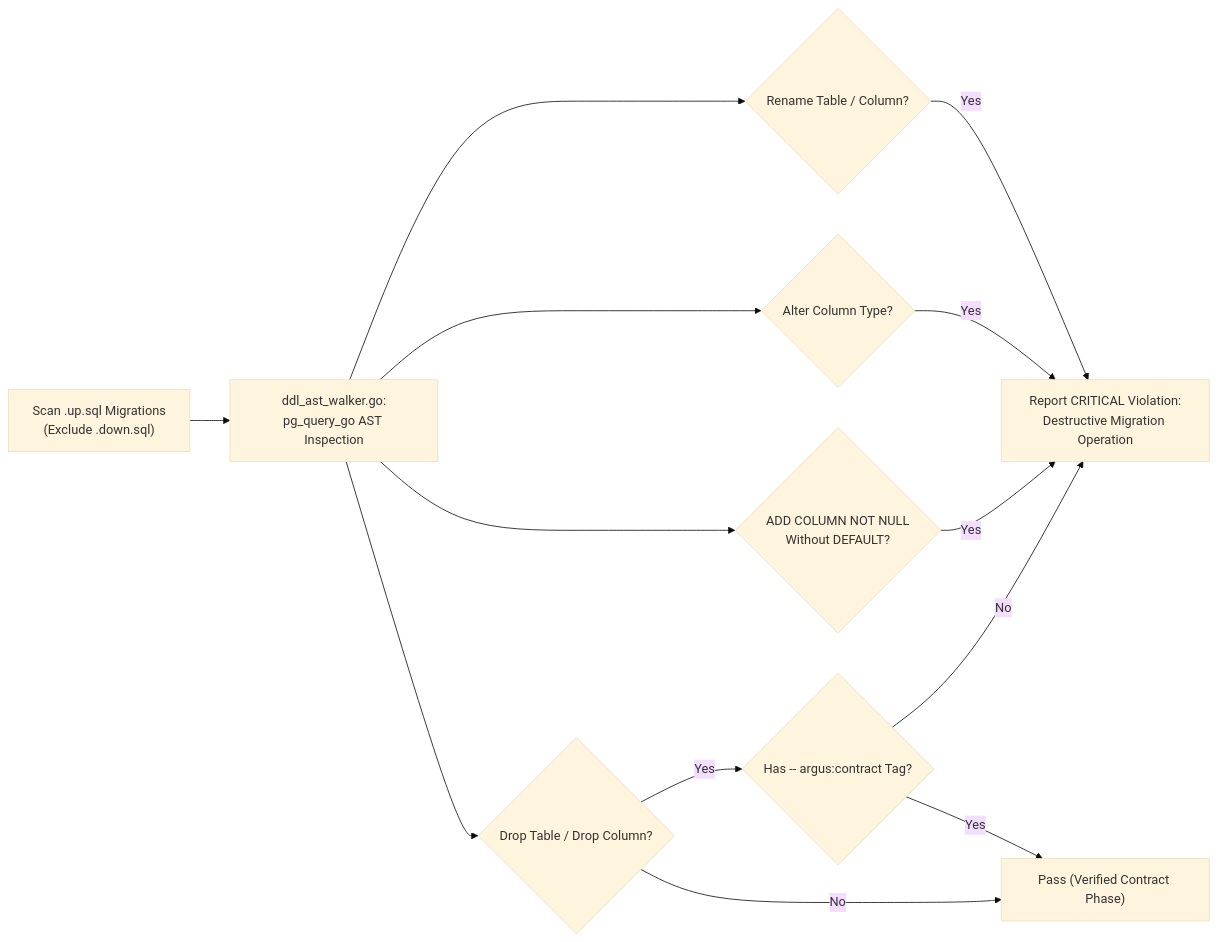
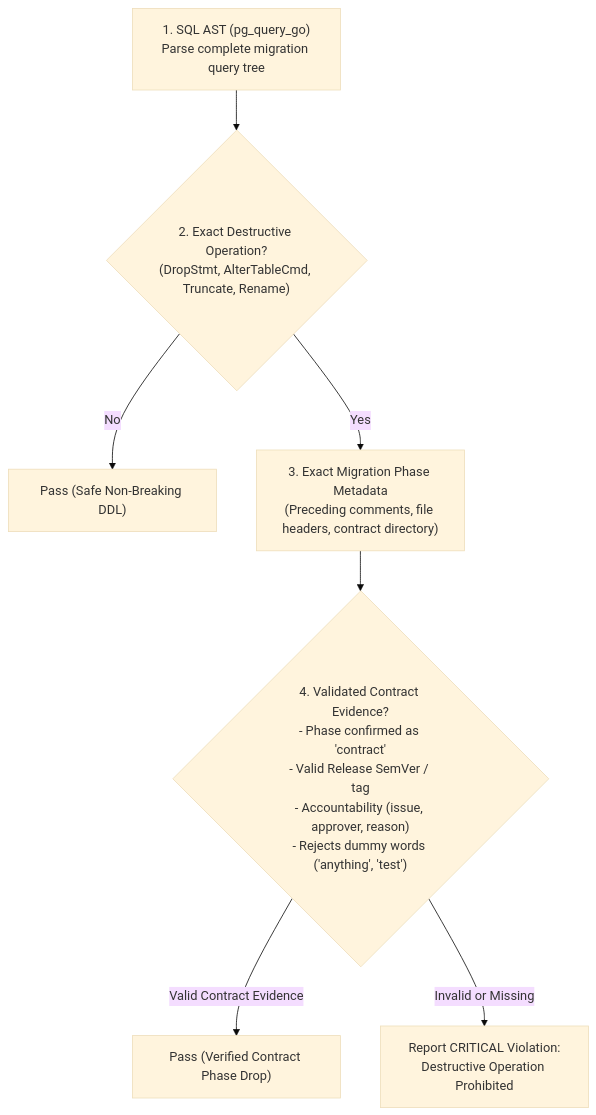
The second of 2 diagrams in wiki/ARGUS-A11.md (will2469/argus), drawn with Mermaid (base theme) before and after one commit. The commit also changed other lines of this file and 13 other files, not shown here.

Commit message:
feat(a11): implement 4-stage destructive migration pipeline with validated contract evidence

````diff
--- a/wiki/ARGUS-A11.md
+++ b/wiki/ARGUS-A11.md
@@ -76,15 +84,9 @@
 ```mermaid
-flowchart LR
-    Scan["Scan .up.sql Migrations<br/>(Exclude .down.sql)"] --> Parse["ddl_ast_walker.go:<br/>pg_query_go AST Inspection"]
-    Parse --> CheckDrop{"Drop Table / Drop Column?"}
-    Parse --> CheckRename{"Rename Table / Column?"}
-    Parse --> CheckAlter{"Alter Column Type?"}
-    Parse --> CheckNotNull{"ADD COLUMN NOT NULL<br/>Without DEFAULT?"}
-    CheckDrop -->|Yes| TagCheck{"Has -- argus:contract Tag?"}
-    CheckRename -->|Yes| Report["Report CRITICAL Violation:<br/>Destructive Migration Operation"]
-    CheckAlter -->|Yes| Report
-    CheckNotNull -->|Yes| Report
-    TagCheck -->|No| Report
-    TagCheck -->|Yes| Pass["Pass (Verified Contract Phase)"]
-    CheckDrop -->|No| Pass
+flowchart TD
+    AST["1. SQL AST (pg_query_go)<br/>Parse complete migration query tree"] --> Ops{"2. Exact Destructive Operation?<br/>(DropStmt, AlterTableCmd, Truncate, Rename)"}
+    Ops -->|No| PassSafe["Pass (Safe Non-Breaking DDL)"]
+    Ops -->|Yes| Meta["3. Exact Migration Phase Metadata<br/>(Preceding comments, file headers, contract directory)"]
+    Meta --> Validate{"4. Validated Contract Evidence?<br/>- Phase confirmed as 'contract'<br/>- Valid Release SemVer / tag<br/>- Accountability (issue, approver, reason)<br/>- Rejects dummy words ('anything', 'test')"}
+    Validate -->|Valid Contract Evidence| PassContract["Pass (Verified Contract Phase Drop)"]
+    Validate -->|Invalid or Missing| Report["Report CRITICAL Violation:<br/>Destructive Operation Prohibited"]
 ```
````
